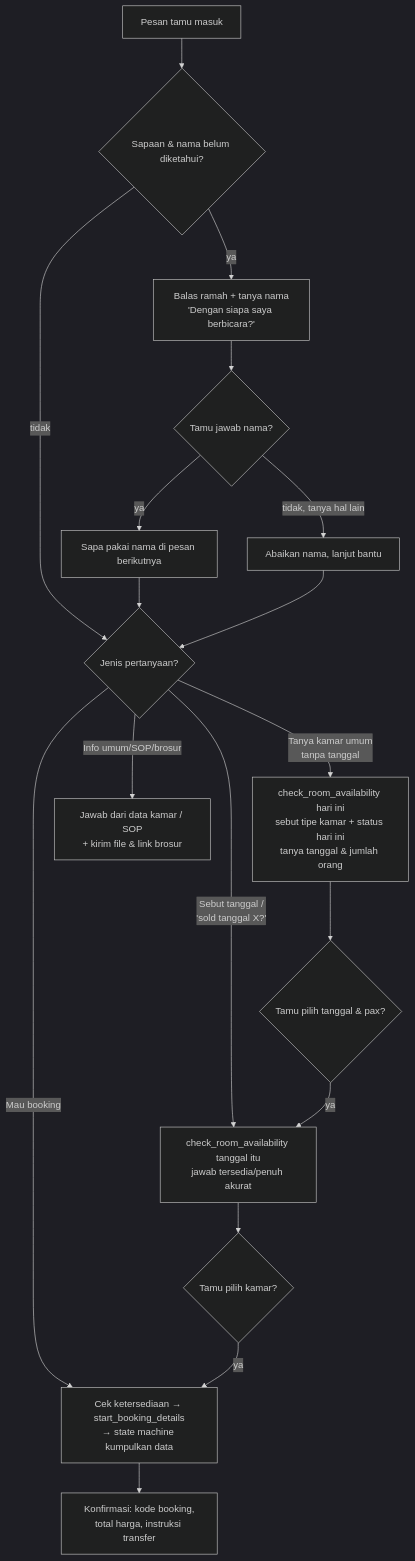
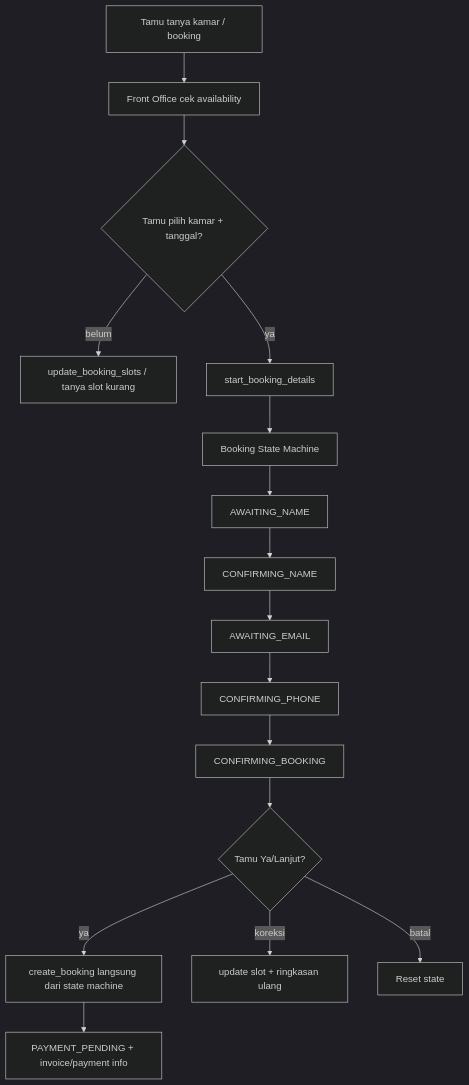
Before and after one commit to pomahguesthouse-cyber/new-pomah: the sixth of 6 diagrams in docs/chatbot-flow.md, drawn with Mermaid (dark theme). The commit also changed other lines of this file, not shown here.

Commit message:
docs: align chatbot flow with queue pipeline

````diff
--- a/docs/chatbot-flow.md
+++ b/docs/chatbot-flow.md
@@ -142,22 +160,18 @@
 ```mermaid
 flowchart TD
-    A[Pesan tamu masuk] --> B{Sapaan & nama belum diketahui?}
-    B -- ya --> C[Balas ramah + tanya nama<br/>'Dengan siapa saya berbicara?']
-    C --> D{Tamu jawab nama?}
-    D -- ya --> E[Sapa pakai nama di pesan berikutnya]
-    D -- tidak, tanya hal lain --> F[Abaikan nama, lanjut bantu]
-    B -- tidak --> G{Jenis pertanyaan?}
-    E --> G
-    F --> G
-
-    G -- Tanya kamar umum<br/>tanpa tanggal --> H[check_room_availability hari ini<br/>sebut tipe kamar + status hari ini<br/>tanya tanggal & jumlah orang]
-    G -- Sebut tanggal /<br/>'sold tanggal X?' --> I[check_room_availability tanggal itu<br/>jawab tersedia/penuh akurat]
-    G -- Mau booking --> J[Cek ketersediaan → start_booking_details<br/>→ state machine kumpulkan data]
-    G -- Info umum/SOP/brosur --> K[Jawab dari data kamar / SOP<br/>+ kirim file & link brosur]
-
-    H --> L{Tamu pilih tanggal & pax?}
-    L -- ya --> I
-    I --> N{Tamu pilih kamar?}
-    N -- ya --> J
-    J --> O[Konfirmasi: kode booking,<br/>total harga, instruksi transfer]
+    A[Tamu tanya kamar / booking] --> B[Front Office cek availability]
+    B --> C{Tamu pilih kamar + tanggal?}
+    C -- belum --> D[update_booking_slots / tanya slot kurang]
+    C -- ya --> E[start_booking_details]
+    E --> F[Booking State Machine]
+    F --> G[AWAITING_NAME]
+    G --> H[CONFIRMING_NAME]
+    H --> I[AWAITING_EMAIL]
+    I --> J[CONFIRMING_PHONE]
+    J --> K[CONFIRMING_BOOKING]
+    K --> L{Tamu Ya/Lanjut?}
+    L -- ya --> M[create_booking langsung dari state machine]
+    L -- koreksi --> N[update slot + ringkasan ulang]
+    L -- batal --> O[Reset state]
+    M --> P[PAYMENT_PENDING + invoice/payment info]
 ```
````
